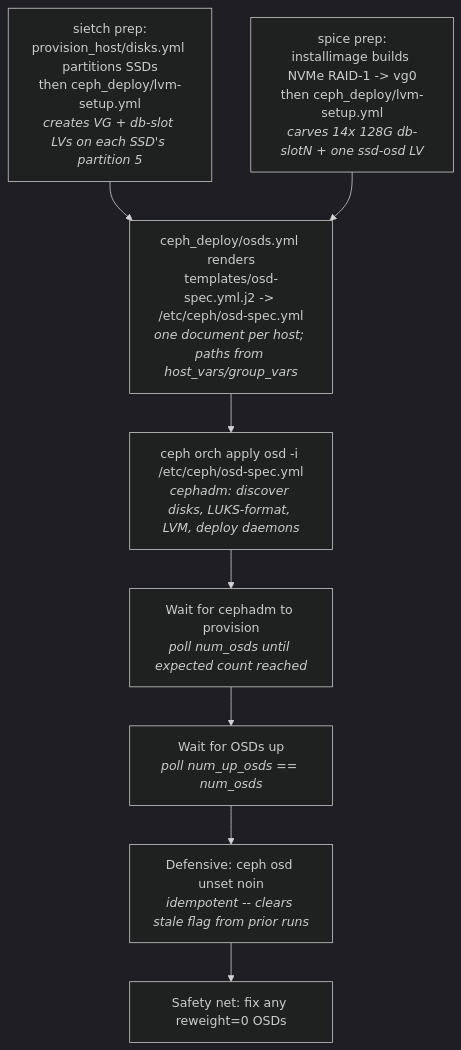
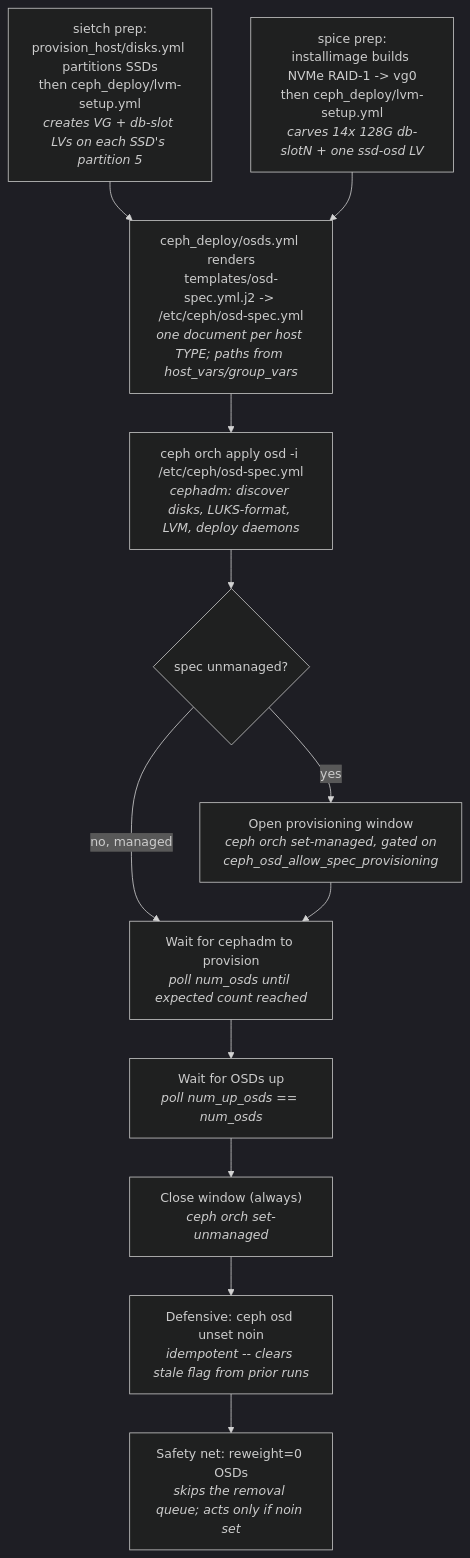
One commit to immich-app/yucca changed the tenth of 11 diagrams in ansible/ceph/docs/architecture.md. Above: the diagram before and after it, drawn with Mermaid (dark theme). The commit also changed other lines of this file and 5 other files, not shown here.

Commit message:
fix(ceph): take osd specs out of the cephadm serve loop

````diff
--- a/ansible/ceph/docs/architecture.md
+++ b/ansible/ceph/docs/architecture.md
@@ -784,15 +784,21 @@
 ```mermaid
 flowchart TB
     SIETCH["sietch prep:<br/>provision_host/disks.yml partitions SSDs<br/>then ceph_deploy/lvm-setup.yml<br/><i>creates VG + db-slot LVs on each SSD's partition 5</i>"]
     NVMERAID["spice prep:<br/>installimage builds NVMe RAID-1 -> vg0<br/>then ceph_deploy/lvm-setup.yml<br/><i>carves 14x 128G db-slotN + one ssd-osd LV</i>"]
-    SPEC["ceph_deploy/osds.yml renders<br/>templates/osd-spec.yml.j2 -> /etc/ceph/osd-spec.yml<br/><i>one document per host; paths from host_vars/group_vars</i>"]
+    SPEC["ceph_deploy/osds.yml renders<br/>templates/osd-spec.yml.j2 -> /etc/ceph/osd-spec.yml<br/><i>one document per host TYPE; paths from host_vars/group_vars</i>"]
     APPLY["ceph orch apply osd -i /etc/ceph/osd-spec.yml<br/><i>cephadm: discover disks, LUKS-format, LVM, deploy daemons</i>"]
+    WINDOW{"spec unmanaged?"}
+    OPEN["Open provisioning window<br/><i>ceph orch set-managed, gated on<br/>ceph_osd_allow_spec_provisioning</i>"]
     POLL["Wait for cephadm to provision<br/><i>poll num_osds until expected count reached</i>"]
     UP["Wait for OSDs up<br/><i>poll num_up_osds == num_osds</i>"]
+    CLOSE["Close window (always)<br/><i>ceph orch set-unmanaged</i>"]
     UNSET["Defensive: ceph osd unset noin<br/><i>idempotent -- clears stale flag from prior runs</i>"]
-    REWEIGHT["Safety net: fix any reweight=0 OSDs"]
+    REWEIGHT["Safety net: reweight=0 OSDs<br/><i>skips the removal queue; acts only if noin set</i>"]
 
     SIETCH --> SPEC
     NVMERAID --> SPEC
-    SPEC --> APPLY --> POLL --> UP --> UNSET --> REWEIGHT
+    SPEC --> APPLY --> WINDOW
+    WINDOW -->|no, managed| POLL
+    WINDOW -->|yes| OPEN --> POLL
+    POLL --> UP --> CLOSE --> UNSET --> REWEIGHT
 ```
````
